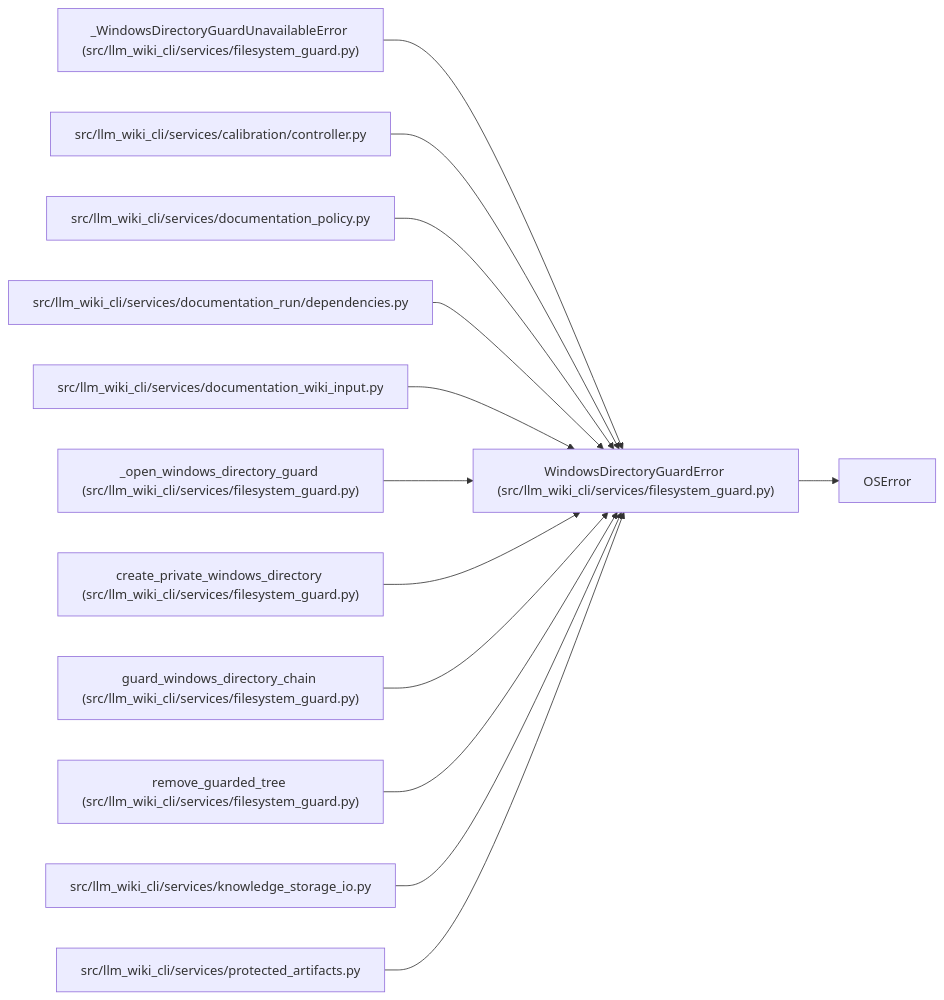
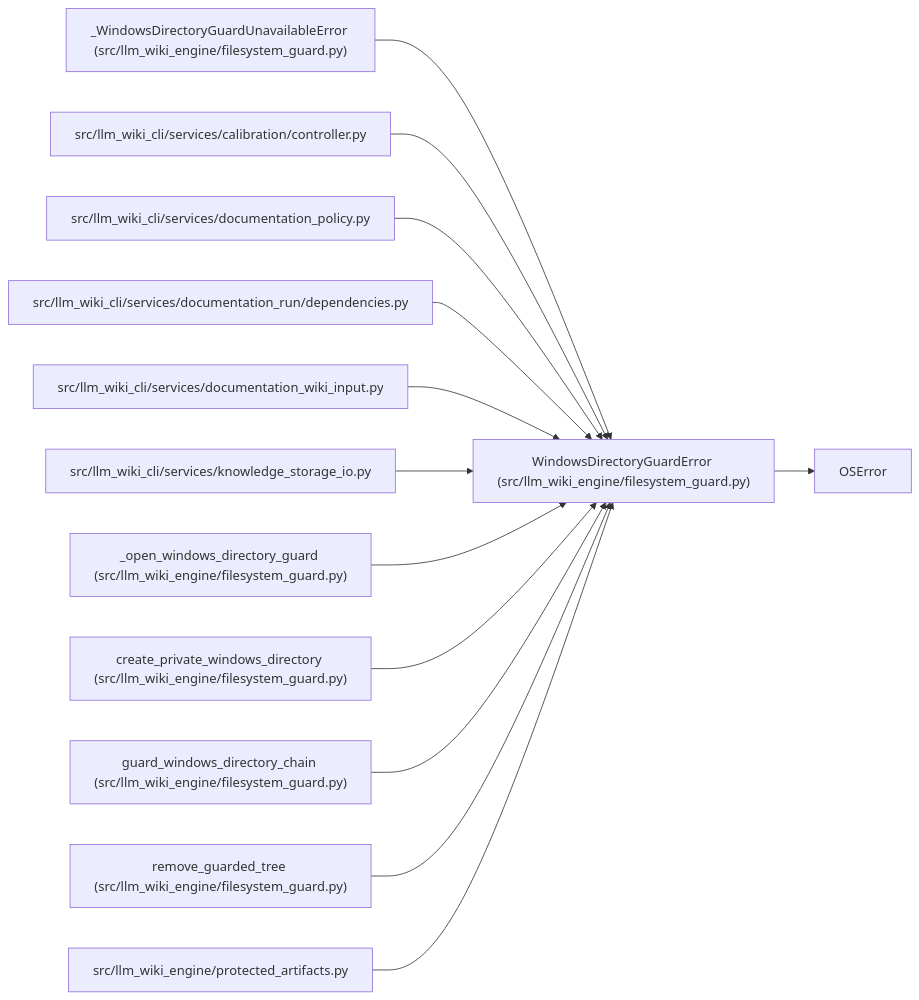
Before and after one commit to Denissvgn/python-wiki-llm: the diagram in docs/llm_wiki/entities/WindowsDirectoryGuardError.md, drawn with Mermaid. The commit also changed other lines of this file and 739 other files, not shown here.

First line of the commit message:
docs: refresh the wiki for the second engine batch

````diff
--- a/docs/llm_wiki/entities/WindowsDirectoryGuardError.md
+++ b/docs/llm_wiki/entities/WindowsDirectoryGuardError.md
@@ -23,40 +23,40 @@
 ```mermaid
 flowchart LR
-    n0["WindowsDirectoryGuardError (src/llm_wiki_cli/services/filesystem_guard.py)"]
+    n0["WindowsDirectoryGuardError (src/llm_wiki_engine/filesystem_guard.py)"]
     n1["OSError"]
-    n2["_WindowsDirectoryGuardUnavailableError (src/llm_wiki_cli/services/filesystem_guard.py)"]
+    n2["_WindowsDirectoryGuardUnavailableError (src/llm_wiki_engine/filesystem_guard.py)"]
     n3["src/llm_wiki_cli/services/calibration/controller.py"]
     n4["src/llm_wiki_cli/services/documentation_policy.py"]
     n5["src/llm_wiki_cli/services/documentation_run/dependencies.py"]
     n6["src/llm_wiki_cli/services/documentation_wiki_input.py"]
-    n7["_open_windows_directory_guard (src/llm_wiki_cli/services/filesystem_guard.py)"]
-    n8["create_private_windows_directory (src/llm_wiki_cli/services/filesystem_guard.py)"]
-    n9["guard_windows_directory_chain (src/llm_wiki_cli/services/filesystem_guard.py)"]
-    n10["remove_guarded_tree (src/llm_wiki_cli/services/filesystem_guard.py)"]
-    n11["src/llm_wiki_cli/services/knowledge_storage_io.py"]
-    n12["src/llm_wiki_cli/services/protected_artifacts.py"]
+    n7["src/llm_wiki_cli/services/knowledge_storage_io.py"]
+    n8["_open_windows_directory_guard (src/llm_wiki_engine/filesystem_guard.py)"]
+    n9["create_private_windows_directory (src/llm_wiki_engine/filesystem_guard.py)"]
+    n10["guard_windows_directory_chain (src/llm_wiki_engine/filesystem_guard.py)"]
+    n11["remove_guarded_tree (src/llm_wiki_engine/filesystem_guard.py)"]
+    n12["src/llm_wiki_engine/protected_artifacts.py"]
     n0 --> n1
     n2 --> n0
     n3 --> n0
     n4 --> n0
     n5 --> n0
     n6 --> n0
     n7 --> n0
     n8 --> n0
     n9 --> n0
     n10 --> n0
     n11 --> n0
     n12 --> n0
     click n0 "../modules/filesystem_guard.md"
     click n2 "../modules/filesystem_guard.md"
     click n3 "../modules/controller.md"
     click n4 "../modules/documentation_policy.md"
     click n5 "../modules/documentation_run_dependencies.md"
     click n6 "../modules/documentation_wiki_input.md"
-    click n7 "../modules/filesystem_guard.md"
+    click n7 "../modules/knowledge_storage_io.md"
     click n8 "../modules/filesystem_guard.md"
     click n9 "../modules/filesystem_guard.md"
     click n10 "../modules/filesystem_guard.md"
-    click n11 "../modules/knowledge_storage_io.md"
+    click n11 "../modules/filesystem_guard.md"
     click n12 "../modules/protected_artifacts.md"
 ```
````
